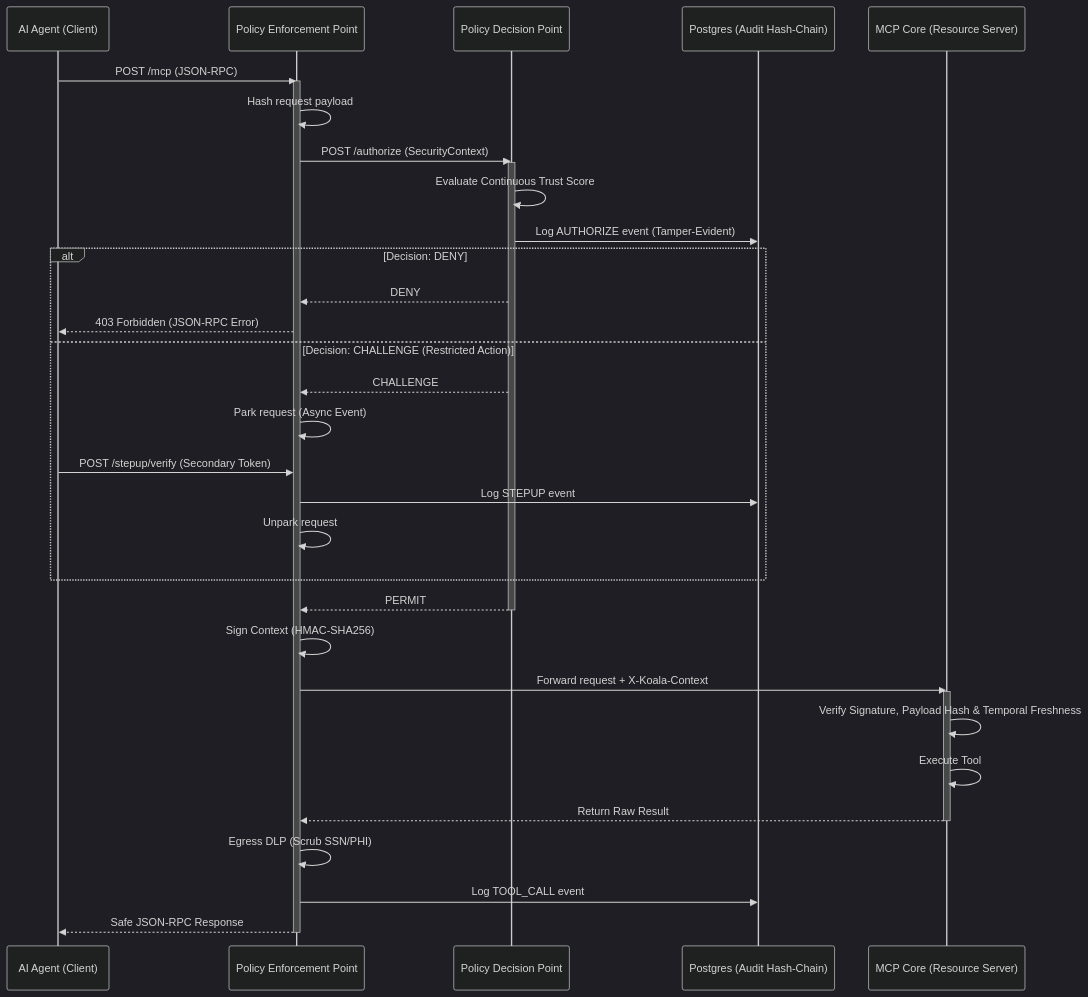
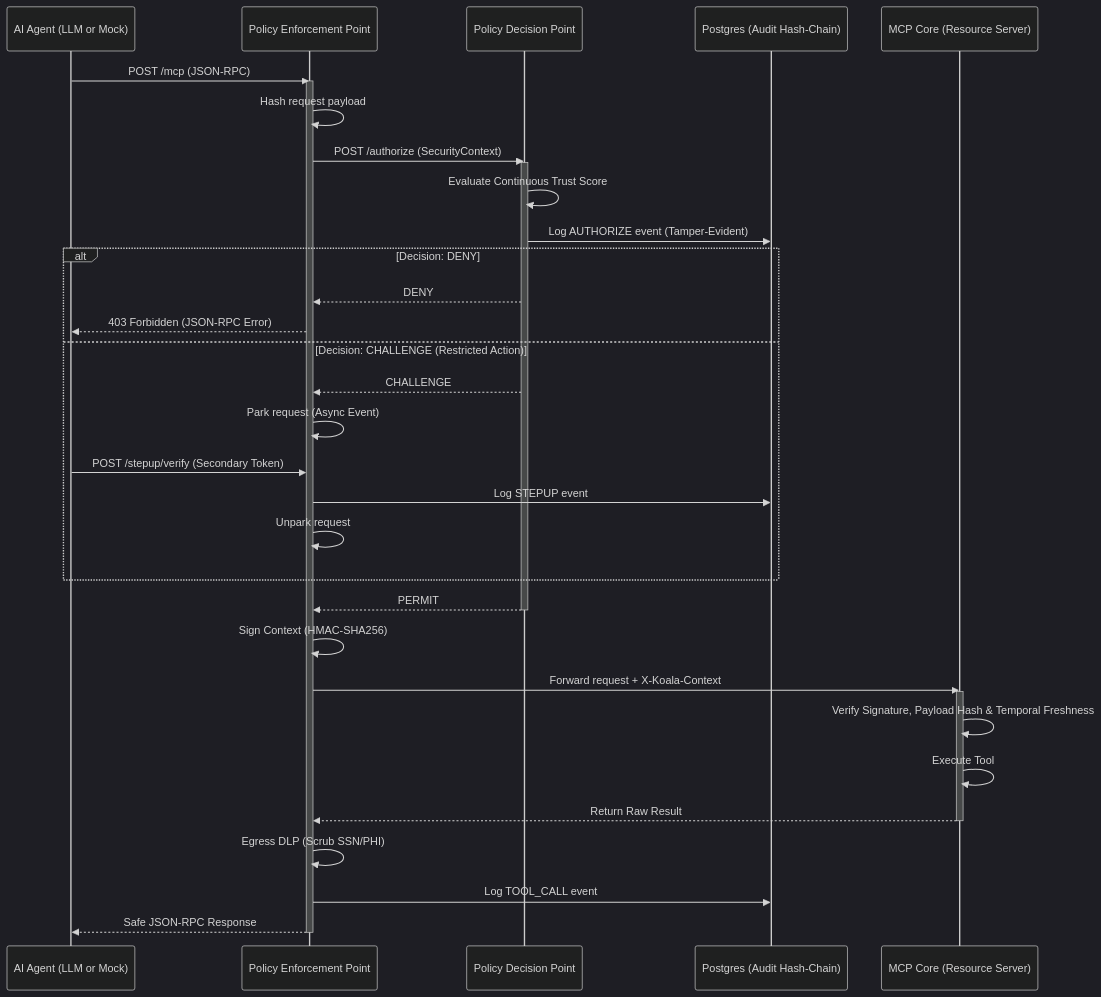
Before and after one commit to TheB4tMite/Koala: the diagram in README.md, drawn with Mermaid (dark theme). The commit also changed other lines of this file, not shown here.

````diff
--- a/README.md
+++ b/README.md
@@ -19,43 +19,43 @@
 ```mermaid
 sequenceDiagram
-    participant Agent as AI Agent (Client)
+    participant Agent as AI Agent (LLM or Mock)
     participant PEP as Policy Enforcement Point
     participant PDP as Policy Decision Point
     participant DB as Postgres (Audit Hash-Chain)
     participant Core as MCP Core (Resource Server)
 
     Agent->>PEP: POST /mcp (JSON-RPC)
     activate PEP
     PEP->>PEP: Hash request payload
     PEP->>PDP: POST /authorize (SecurityContext)
     activate PDP
     PDP->>PDP: Evaluate Continuous Trust Score
     PDP->>DB: Log AUTHORIZE event (Tamper-Evident)
     
     alt Decision: DENY
         PDP-->>PEP: DENY
         PEP-->>Agent: 403 Forbidden (JSON-RPC Error)
     else Decision: CHALLENGE (Restricted Action)
         PDP-->>PEP: CHALLENGE
         PEP->>PEP: Park request (Async Event)
         Agent->>PEP: POST /stepup/verify (Secondary Token)
         PEP->>DB: Log STEPUP event
         PEP->>PEP: Unpark request
     end
 
     PDP-->>PEP: PERMIT
     deactivate PDP
 
     PEP->>PEP: Sign Context (HMAC-SHA256)
     PEP->>Core: Forward request + X-Koala-Context
     activate Core
     Core->>Core: Verify Signature, Payload Hash & Temporal Freshness
     Core->>Core: Execute Tool
     Core-->>PEP: Return Raw Result
     deactivate Core
 
     PEP->>PEP: Egress DLP (Scrub SSN/PHI)
     PEP->>DB: Log TOOL_CALL event
     PEP-->>Agent: Safe JSON-RPC Response
     deactivate PEP
 ```
````
